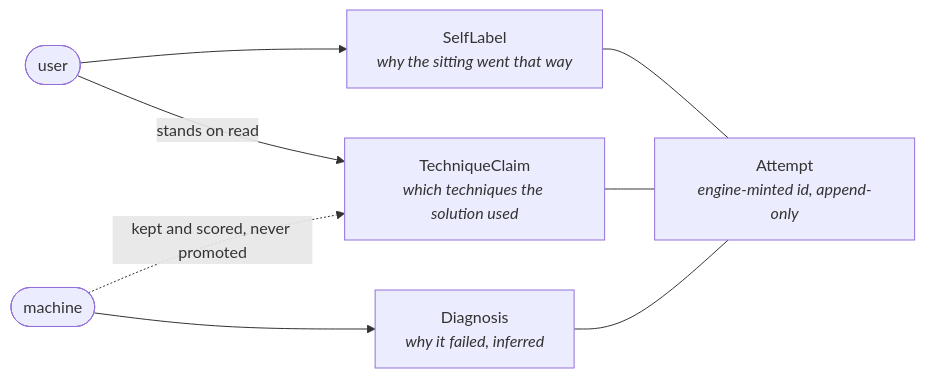
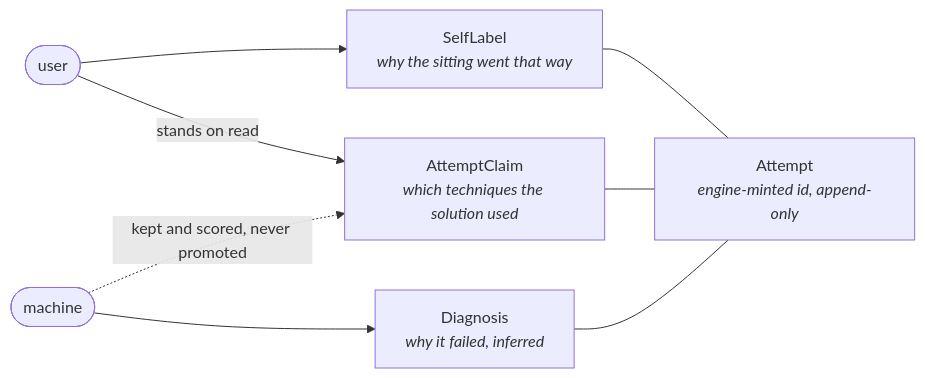
The fourth of 4 diagrams in README.md (lunochkin/algo-coach), drawn with Mermaid before and after one commit. The commit also changed other lines of this file and 86 other files, not shown here.

First line of the commit message:
refactor: attempt claims and solution claims

````diff
--- a/README.md
+++ b/README.md
@@ -362,10 +362,10 @@
 ```mermaid
 flowchart LR
   U(["user"]) --> SL["SelfLabel<br/><i>why the sitting went that way</i>"]
-  U -->|"stands on read"| TC["TechniqueClaim<br/><i>which techniques the solution used</i>"]
+  U -->|"stands on read"| TC["AttemptClaim<br/><i>which techniques the solution used</i>"]
   M(["machine"]) -.->|"kept and scored, never promoted"| TC
   M --> DG["Diagnosis<br/><i>why it failed, inferred</i>"]
   SL --- A["Attempt<br/><i>engine-minted id, append-only</i>"]
   TC --- A
   DG --- A
 ```
````
